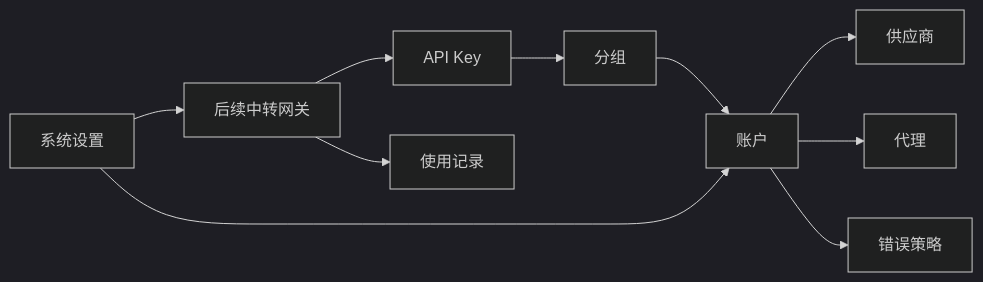
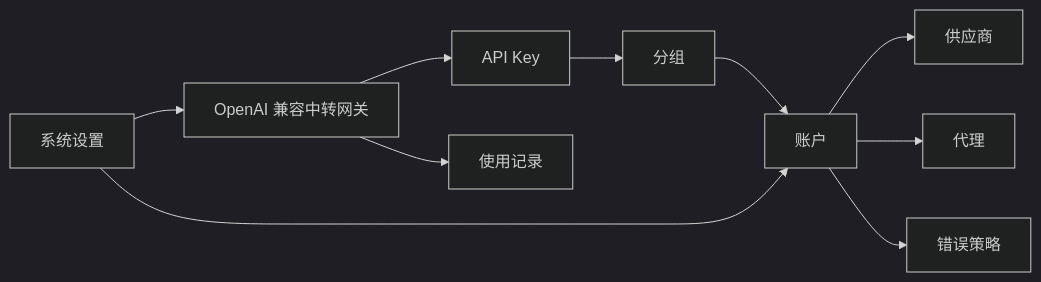
Before and after one commit to huanmin123/juhe-ai: the diagram in docs/architecture.md, drawn with Mermaid (dark theme). The commit also changed other lines of this file and 32 other files, not shown here.

````diff
--- a/docs/architecture.md
+++ b/docs/architecture.md
@@ -17,12 +18,12 @@
 ```mermaid
 flowchart LR
   APIKey["API Key"] --> Group["分组"]
   Group --> Account["账户"]
   Account --> Provider["供应商"]
   Account --> Proxy["代理"]
   Account --> ErrorPolicy["错误策略"]
-  Gateway["后续中转网关"] --> APIKey
+  Gateway["OpenAI 兼容中转网关"] --> APIKey
   Gateway --> Usage["使用记录"]
   Settings["系统设置"] --> Gateway
   Settings --> Account
 ```
````
